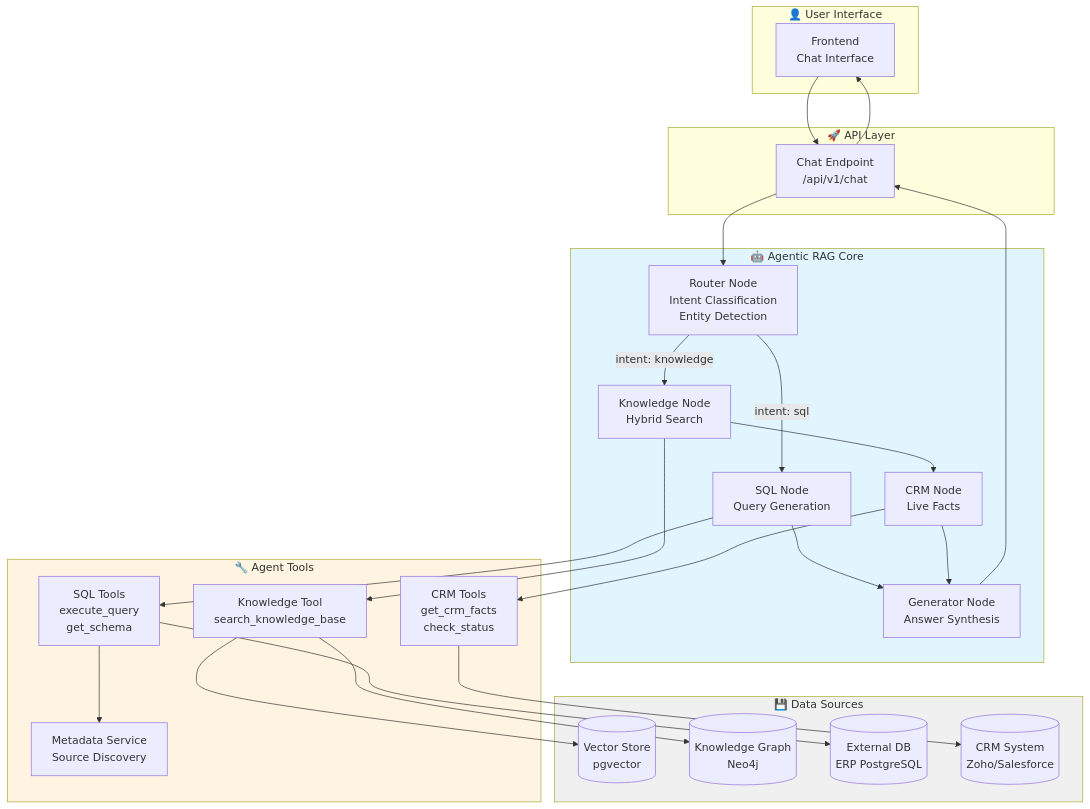
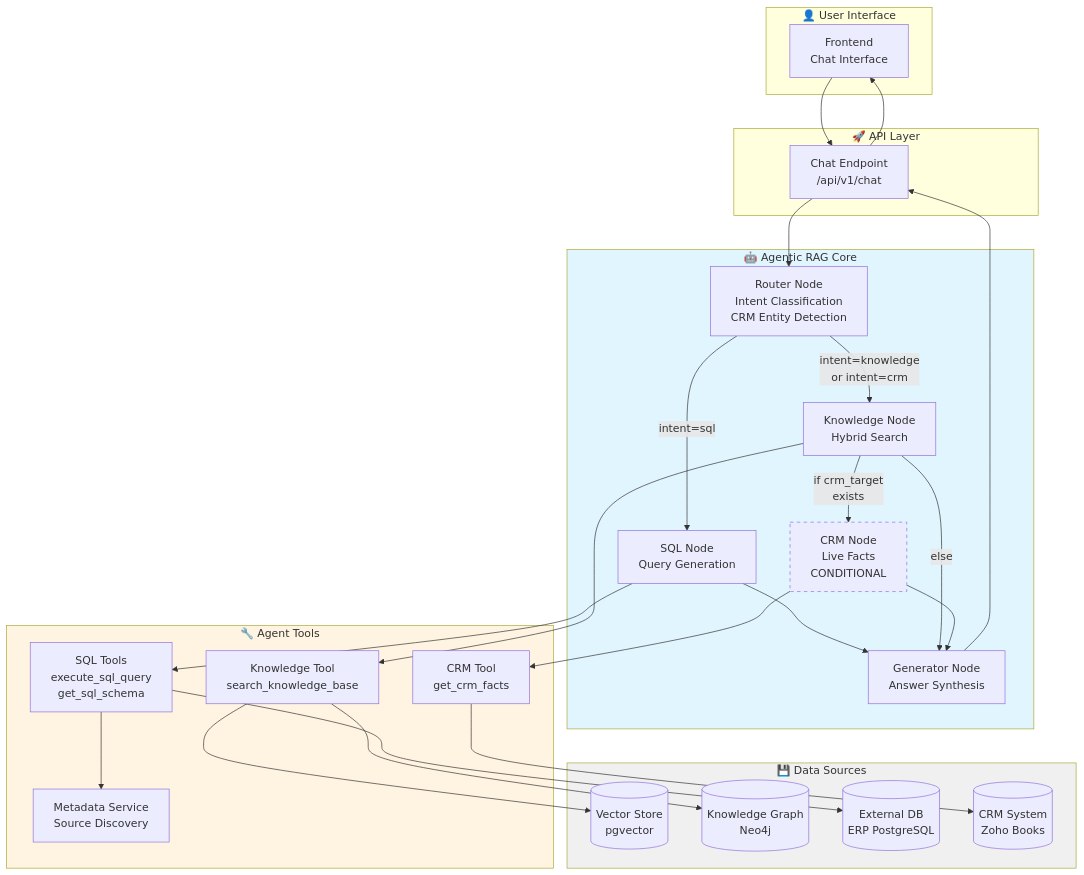
Before and after one commit to expoya/adizon-knowledge-core: the first of 4 diagrams in docs/AGENTIC_RAG.md, drawn with Mermaid. The commit also changed other lines of this file and 30 other files, not shown here.

````diff
--- a/docs/AGENTIC_RAG.md
+++ b/docs/AGENTIC_RAG.md
@@ -36,58 +36,60 @@
 ```mermaid
 graph TB
     subgraph User["👤 User Interface"]
         UI[Frontend<br/>Chat Interface]
     end
     
     subgraph API["🚀 API Layer"]
         CHAT[Chat Endpoint<br/>/api/v1/chat]
     end
     
     subgraph Agent["🤖 Agentic RAG Core"]
-        ROUTER[Router Node<br/>Intent Classification<br/>Entity Detection]
+        ROUTER[Router Node<br/>Intent Classification<br/>CRM Entity Detection]
         SQL[SQL Node<br/>Query Generation]
         KB[Knowledge Node<br/>Hybrid Search]
-        CRM[CRM Node<br/>Live Facts]
+        CRM[CRM Node<br/>Live Facts<br/>CONDITIONAL]
         GEN[Generator Node<br/>Answer Synthesis]
     end
     
     subgraph Tools["🔧 Agent Tools"]
-        SQLTOOL[SQL Tools<br/>execute_query<br/>get_schema]
+        SQLTOOL[SQL Tools<br/>execute_sql_query<br/>get_sql_schema]
         KBTOOL[Knowledge Tool<br/>search_knowledge_base]
-        CRMTOOL[CRM Tools<br/>get_crm_facts<br/>check_status]
+        CRMTOOL[CRM Tool<br/>get_crm_facts]
         META[Metadata Service<br/>Source Discovery]
     end
     
     subgraph Data["💾 Data Sources"]
         VECTOR[(Vector Store<br/>pgvector)]
         GRAPH[(Knowledge Graph<br/>Neo4j)]
         ERP[(External DB<br/>ERP PostgreSQL)]
-        ZOHO[(CRM System<br/>Zoho/Salesforce)]
+        ZOHO[(CRM System<br/>Zoho Books)]
     end
     
     UI --> CHAT
     CHAT --> ROUTER
     
-    ROUTER -->|"intent: sql"| SQL
-    ROUTER -->|"intent: knowledge"| KB
+    ROUTER -->|"intent=sql"| SQL
+    ROUTER -->|"intent=knowledge<br/>or intent=crm"| KB
     
     SQL --> SQLTOOL
     KB --> KBTOOL
     CRM --> CRMTOOL
     
     SQLTOOL --> META
     SQLTOOL --> ERP
     KBTOOL --> VECTOR
     KBTOOL --> GRAPH
     CRMTOOL --> ZOHO
     
     SQL --> GEN
-    KB --> CRM
+    KB -->|"if crm_target<br/>exists"| CRM
+    KB -->|"else"| GEN
     CRM --> GEN
     GEN --> CHAT
     CHAT --> UI
     
     style Agent fill:#e1f5ff
     style Tools fill:#fff4e1
     style Data fill:#f0f0f0
+    style CRM stroke-dasharray: 5 5
 ```
````
